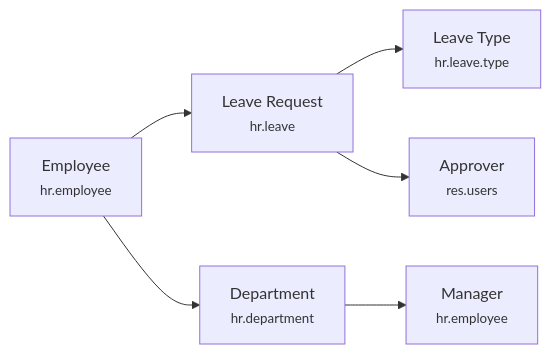
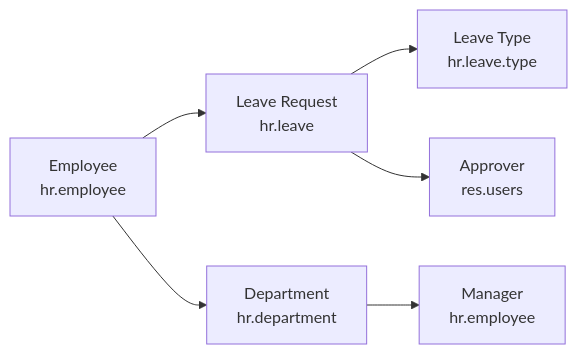
Before and after one commit to pran-odoo/odoo-training: the seventh of 10 diagrams in docs/19-examples.md, drawn with Mermaid. The commit also changed other lines of this file and 6 other files, not shown here.

First line of the commit message:
Remove HTML br tags from Mermaid diagrams

````diff
--- a/docs/19-examples.md
+++ b/docs/19-examples.md
@@ -205,8 +231,14 @@
 ```mermaid
 graph LR
-    E[Employee<br><small>hr.employee</small>] --> LR[Leave Request<br><small>hr.leave</small>]
-    LR --> LT[Leave Type<br><small>hr.leave.type</small>]
-    LR --> A[Approver<br><small>res.users</small>]
-    E --> D[Department<br><small>hr.department</small>]
-    D --> M[Manager<br><small>hr.employee</small>]
+    E["Employee
+    hr.employee"] --> LR["Leave Request
+    hr.leave"]
+    LR --> LT["Leave Type
+    hr.leave.type"]
+    LR --> A["Approver
+    res.users"]
+    E --> D["Department
+    hr.department"]
+    D --> M["Manager
+    hr.employee"]
 ```
````
